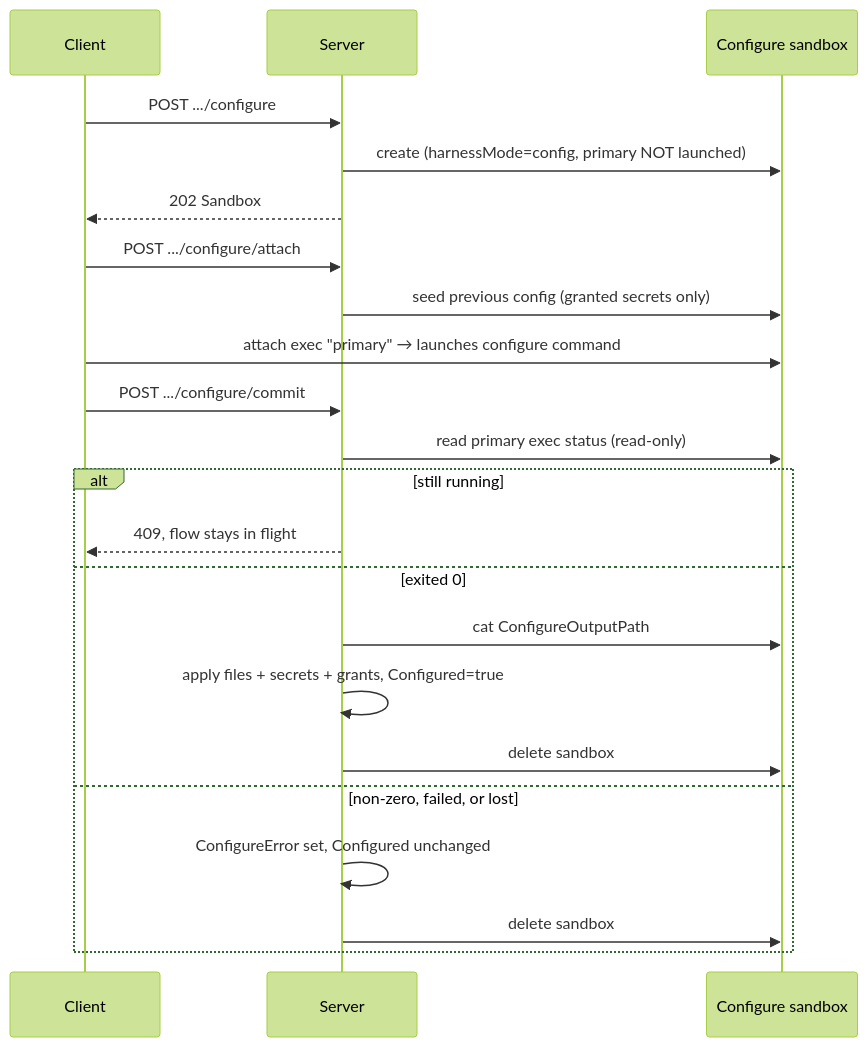
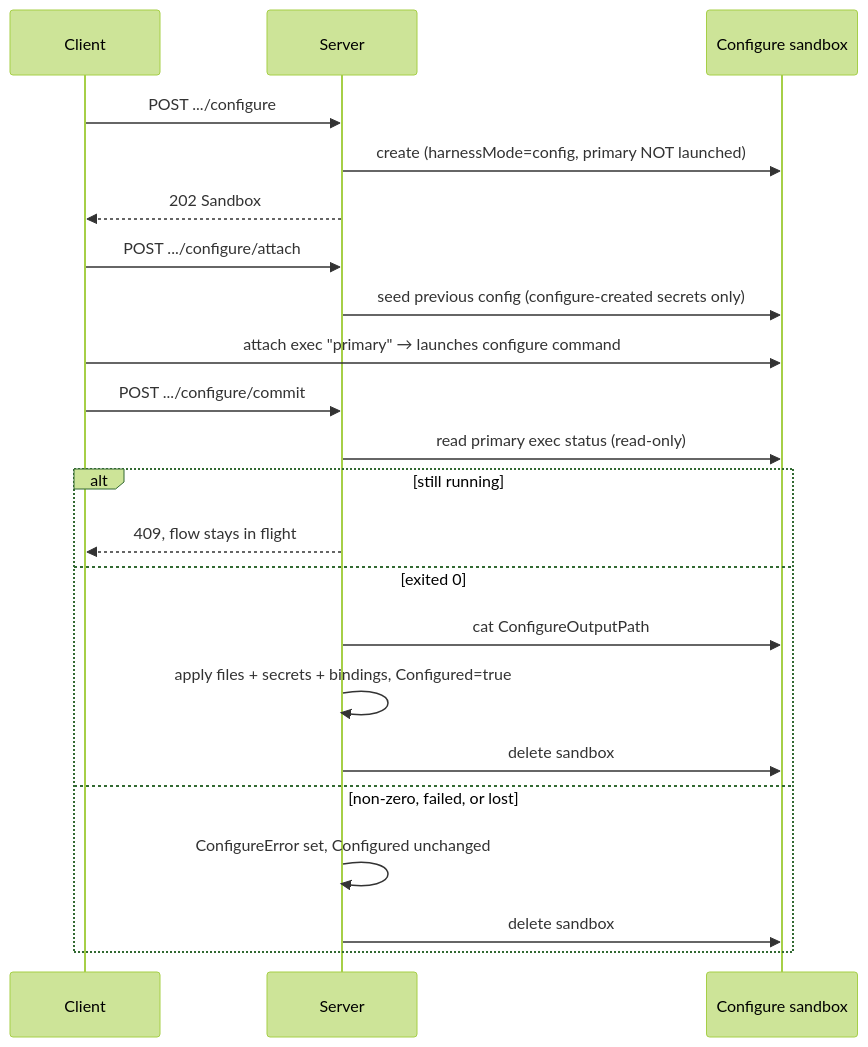
One commit to discobox-ai/discobox changed the diagram in server/internal/resources/harnessconfigs/DESIGN.md. Above: the diagram before and after it, drawn with Mermaid (forest theme). The commit also changed other lines of this file and 232 other files, not shown here.

````diff
--- a/server/internal/resources/harnessconfigs/DESIGN.md
+++ b/server/internal/resources/harnessconfigs/DESIGN.md
@@ -228,24 +228,24 @@
 ```mermaid
 sequenceDiagram
     participant C as Client
     participant S as Server
     participant B as Configure sandbox
     C->>S: POST .../configure
     S->>B: create (harnessMode=config, primary NOT launched)
     S-->>C: 202 Sandbox
     C->>S: POST .../configure/attach
-    S->>B: seed previous config (granted secrets only)
+    S->>B: seed previous config (configure-created secrets only)
     C->>B: attach exec "primary" → launches configure command
     C->>S: POST .../configure/commit
     S->>B: read primary exec status (read-only)
     alt still running
         S-->>C: 409, flow stays in flight
     else exited 0
         S->>B: cat ConfigureOutputPath
-        S->>S: apply files + secrets + grants, Configured=true
+        S->>S: apply files + secrets + bindings, Configured=true
         S->>B: delete sandbox
     else non-zero, failed, or lost
         S->>S: ConfigureError set, Configured unchanged
         S->>B: delete sandbox
     end
 ```
````
